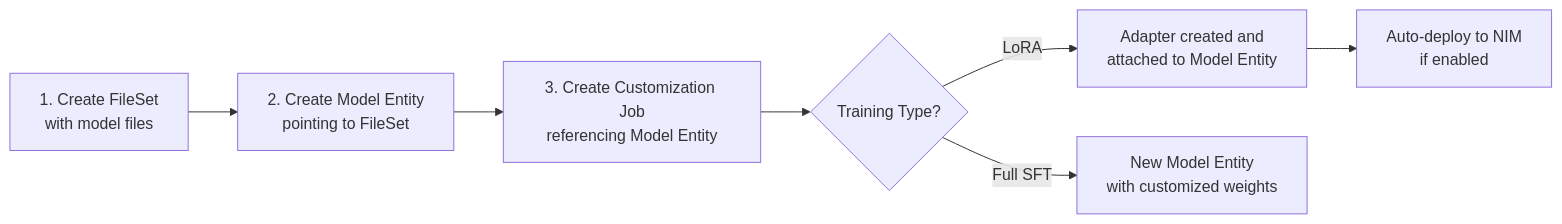
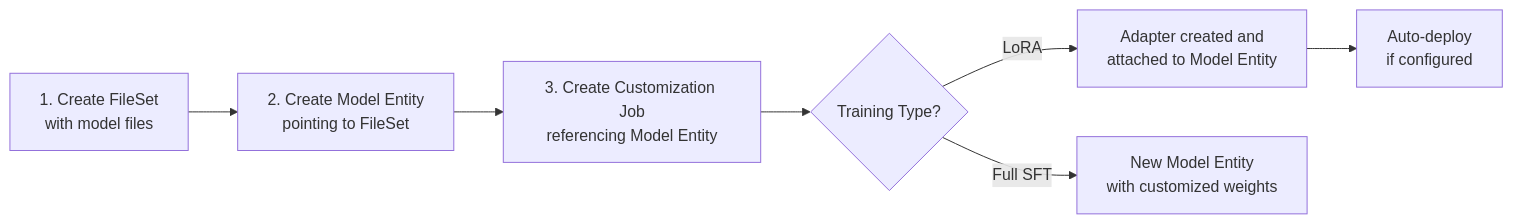
Before and after one commit to NVIDIA-NeMo/nemo-helix: the first of 2 diagrams in docs/customizer/tutorials/understand-configurations-and-models.mdx, drawn with Mermaid. The commit also changed other lines of this file and 15 other files, not shown here.

Commit message:
fix: support vLLM for inline auto-deploy and default NIM to model-free-nim 2.0.13

````diff
--- a/docs/customizer/tutorials/understand-configurations-and-models.mdx
+++ b/docs/customizer/tutorials/understand-configurations-and-models.mdx
@@ -62,11 +62,11 @@
 ```mermaid
 
 flowchart LR
  A[1. Create FileSet<br/>with model files] --> B[2. Create Model Entity<br/>pointing to FileSet]
  B --> C[3. Create Customization Job<br/>referencing Model Entity]
  C --> D{Training Type?}
  D -->|LoRA| E[Adapter created and<br/>attached to Model Entity]
  D -->|Full SFT| F[New Model Entity<br/>with customized weights]
- E --> G[Auto-deploy to NIM<br/>if enabled]
+ E --> G[Auto-deploy<br/>if configured]
 
 ```
````
